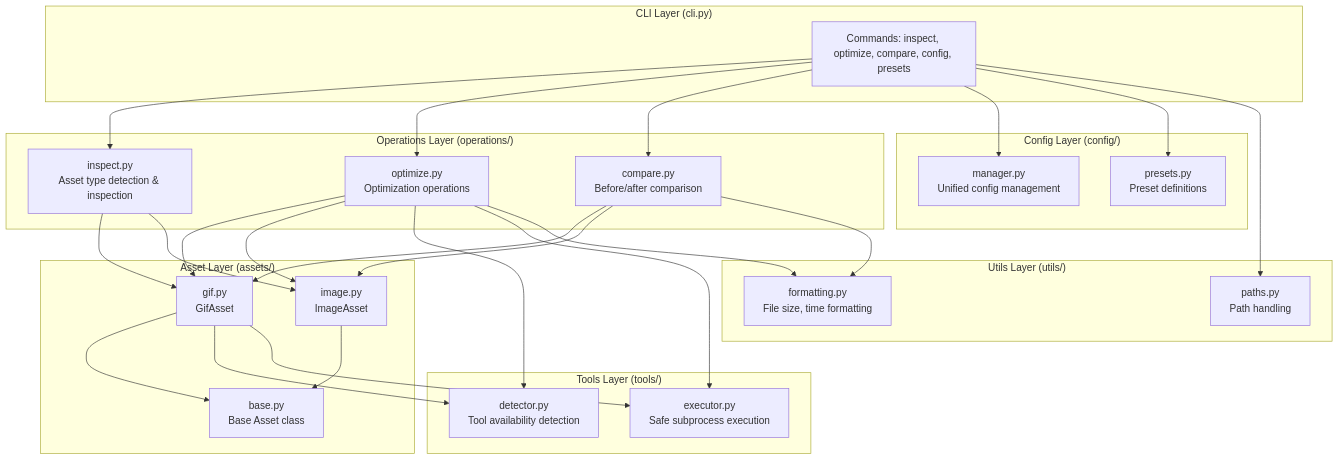
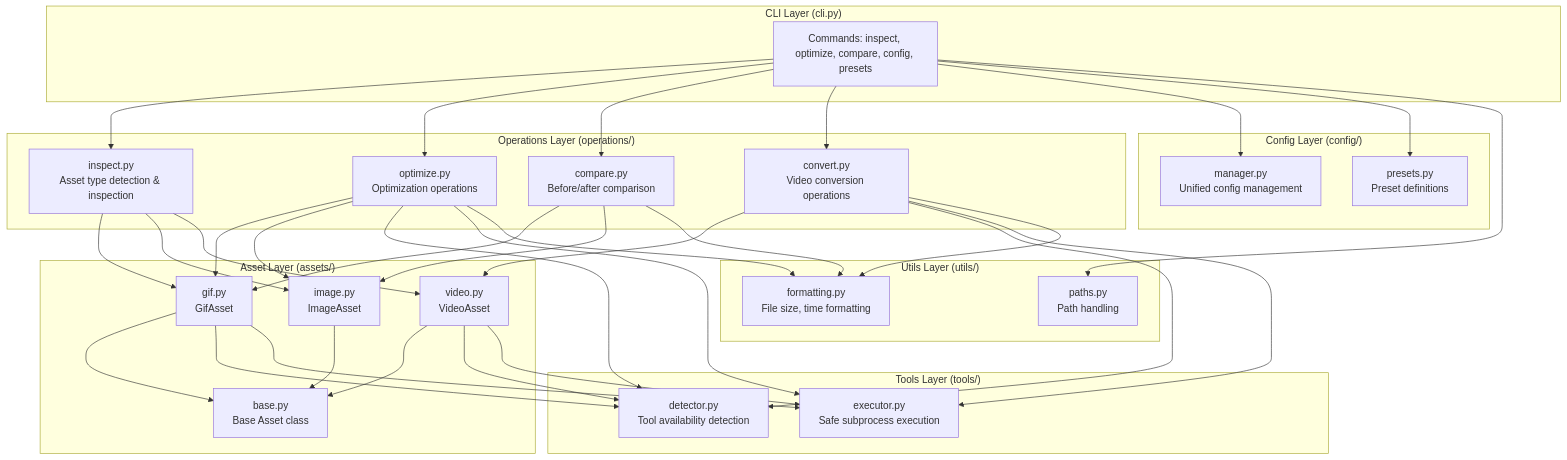
The second of 3 diagrams in DEVELOPMENT.md (youyoubilly/assetguy), drawn with Mermaid before and after one commit. The commit also changed other lines of this file and 1 other file, not shown here.

Commit message:
Update documentation to reflect new video conversion capabilities, including support for WebP format. Enhance installation instructions for FFmpeg and clarify usage examples for the `convert` command in README. Revise DEVELOPMENT.md to include new asset and operation classes for video processing.

````diff
--- a/DEVELOPMENT.md
+++ b/DEVELOPMENT.md
@@ -64,58 +64,69 @@
 ```mermaid
 graph TB
     subgraph CLI["CLI Layer (cli.py)"]
         CLI_CMD[Commands: inspect, optimize, compare, config, presets]
     end
     
     subgraph OPS["Operations Layer (operations/)"]
         OPS_INSPECT[inspect.py<br/>Asset type detection & inspection]
         OPS_OPTIMIZE[optimize.py<br/>Optimization operations]
         OPS_COMPARE[compare.py<br/>Before/after comparison]
+        OPS_CONVERT[convert.py<br/>Video conversion operations]
     end
     
     subgraph ASSETS["Asset Layer (assets/)"]
         ASSETS_BASE[base.py<br/>Base Asset class]
         ASSETS_GIF[gif.py<br/>GifAsset]
         ASSETS_IMAGE[image.py<br/>ImageAsset]
+        ASSETS_VIDEO[video.py<br/>VideoAsset]
     end
     
     subgraph TOOLS["Tools Layer (tools/)"]
         TOOLS_DETECT[detector.py<br/>Tool availability detection]
         TOOLS_EXEC[executor.py<br/>Safe subprocess execution]
     end
     
     subgraph CONFIG["Config Layer (config/)"]
         CONFIG_MGR[manager.py<br/>Unified config management]
         CONFIG_PRESETS[presets.py<br/>Preset definitions]
     end
     
     subgraph UTILS["Utils Layer (utils/)"]
         UTILS_FMT[formatting.py<br/>File size, time formatting]
         UTILS_PATHS[paths.py<br/>Path handling]
     end
     
     CLI_CMD --> OPS_INSPECT
     CLI_CMD --> OPS_OPTIMIZE
     CLI_CMD --> OPS_COMPARE
+    CLI_CMD --> OPS_CONVERT
     CLI_CMD --> CONFIG_MGR
     CLI_CMD --> CONFIG_PRESETS
     
     OPS_INSPECT --> ASSETS_GIF
     OPS_INSPECT --> ASSETS_IMAGE
+    OPS_INSPECT --> ASSETS_VIDEO
     OPS_OPTIMIZE --> ASSETS_GIF
     OPS_OPTIMIZE --> ASSETS_IMAGE
     OPS_COMPARE --> ASSETS_GIF
     OPS_COMPARE --> ASSETS_IMAGE
+    OPS_CONVERT --> ASSETS_VIDEO
     
     ASSETS_GIF --> ASSETS_BASE
     ASSETS_IMAGE --> ASSETS_BASE
+    ASSETS_VIDEO --> ASSETS_BASE
     
     OPS_OPTIMIZE --> TOOLS_DETECT
     OPS_OPTIMIZE --> TOOLS_EXEC
+    OPS_CONVERT --> TOOLS_DETECT
+    OPS_CONVERT --> TOOLS_EXEC
     ASSETS_GIF --> TOOLS_DETECT
     ASSETS_GIF --> TOOLS_EXEC
+    ASSETS_VIDEO --> TOOLS_DETECT
+    ASSETS_VIDEO --> TOOLS_EXEC
     
     OPS_OPTIMIZE --> UTILS_FMT
     OPS_COMPARE --> UTILS_FMT
+    OPS_CONVERT --> UTILS_FMT
     CLI_CMD --> UTILS_PATHS
 ```
````
